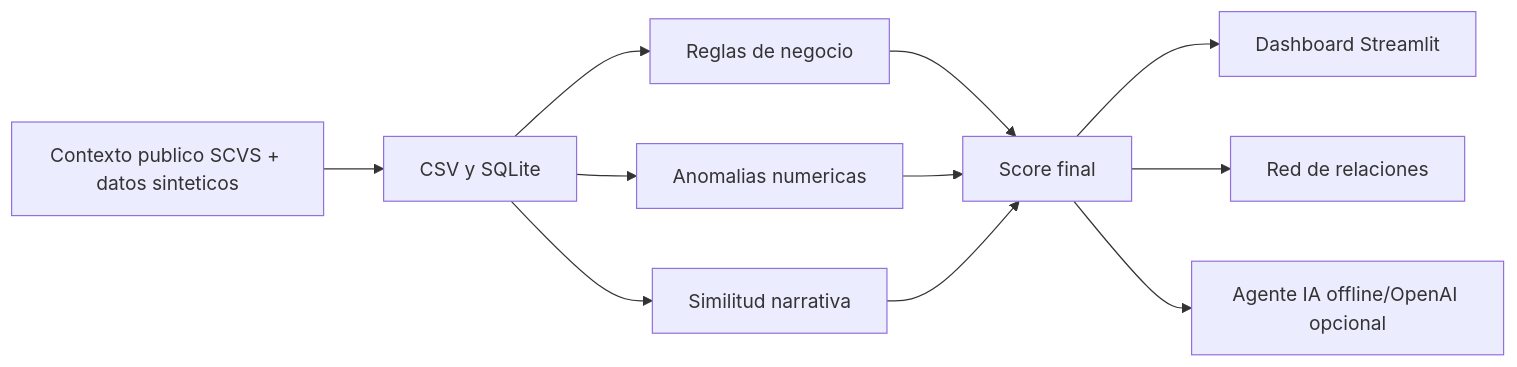
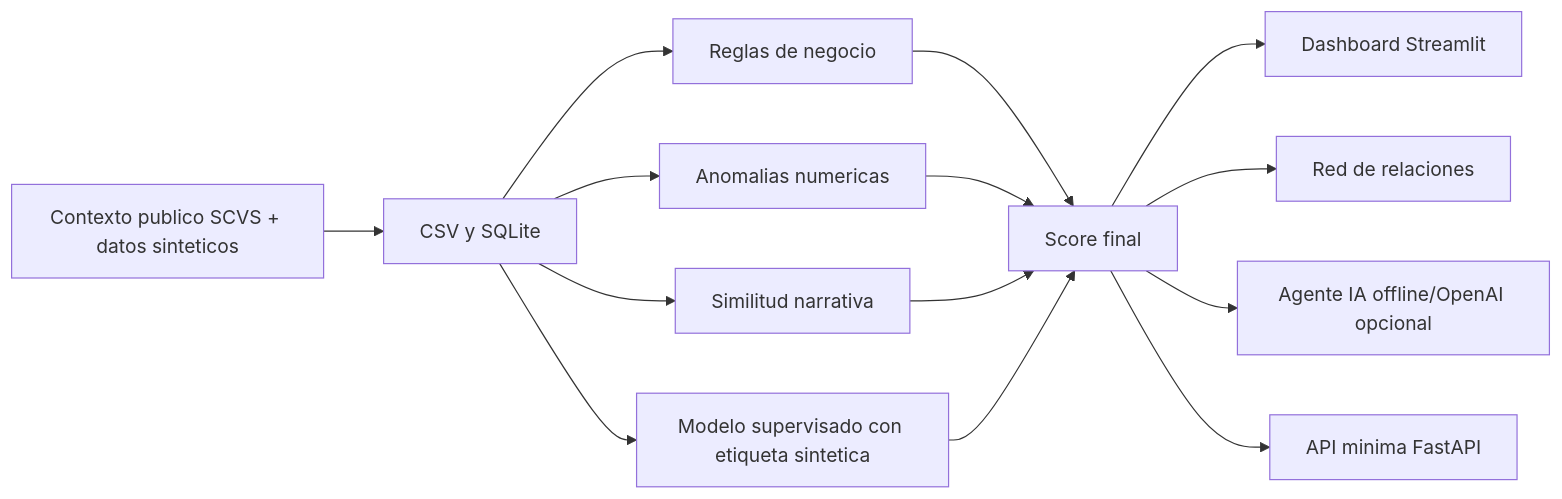
Before and after one commit to Erickelrojo-22/HackIAthon-MantaBytes-RetoAseguradora: the diagram in docs/arquitectura.md, drawn with Mermaid. The commit also changed other lines of this file and 23 other files, not shown here.

````diff
--- a/docs/arquitectura.md
+++ b/docs/arquitectura.md
@@ -5,13 +5,16 @@
 ```mermaid
 flowchart LR
     A["Contexto publico SCVS + datos sinteticos"] --> B["CSV y SQLite"]
     B --> C["Reglas de negocio"]
     B --> D["Anomalias numericas"]
     B --> E["Similitud narrativa"]
     C --> F["Score final"]
     D --> F
     E --> F
+    B --> J["Modelo supervisado con etiqueta sintetica"]
+    J --> F
     F --> G["Dashboard Streamlit"]
     F --> H["Red de relaciones"]
     F --> I["Agente IA offline/OpenAI opcional"]
+    F --> K["API minima FastAPI"]
 ```
````
